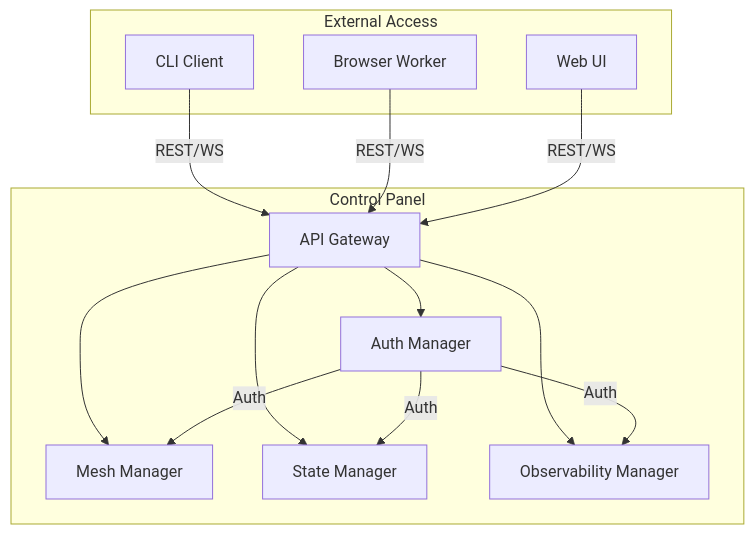
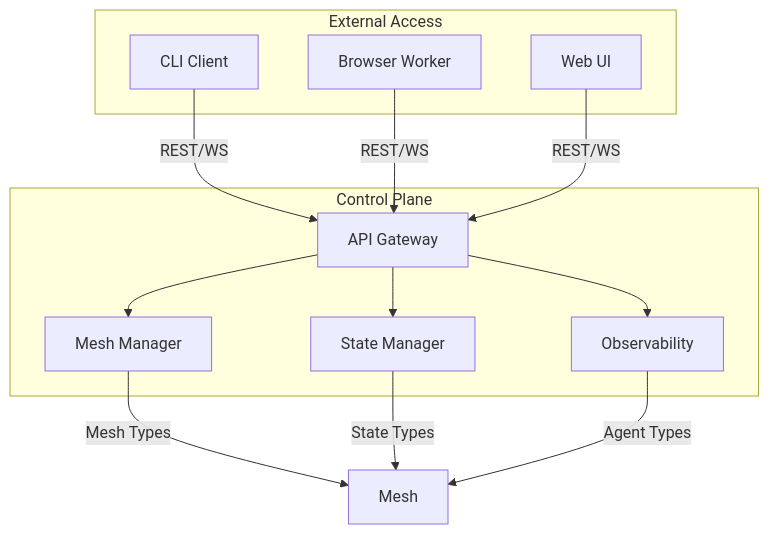
Before and after one commit to asadighi/ai-agent-sdk: the fifth of 7 diagrams in docs/mesh-system-spec.md, drawn with Mermaid. The commit also changed other lines of this file and 40 other files, not shown here.

````diff
--- a/docs/mesh-system-spec.md
+++ b/docs/mesh-system-spec.md
@@ -563,29 +612,27 @@
 ```mermaid
 graph TD
-    subgraph "Control Panel"
+    subgraph "Control Plane"
         API[API Gateway]
-        AM[Auth Manager]
         MM[Mesh Manager]
         SM[State Manager]
-        OM[Observability Manager]
+        OM[Observability]
     end
 
     subgraph "External Access"
         CLI[CLI Client]
         BW[Browser Worker]
         UI[Web UI]
     end
 
     CLI -->|REST/WS| API
     BW -->|REST/WS| API
     UI -->|REST/WS| API
     
-    API --> AM
     API --> MM
     API --> SM
     API --> OM
     
-    AM -->|Auth| MM
-    AM -->|Auth| SM
-    AM -->|Auth| OM
+    MM -->|Mesh Types| Mesh
+    SM -->|State Types| Mesh
+    OM -->|Agent Types| Mesh
 ```
````
